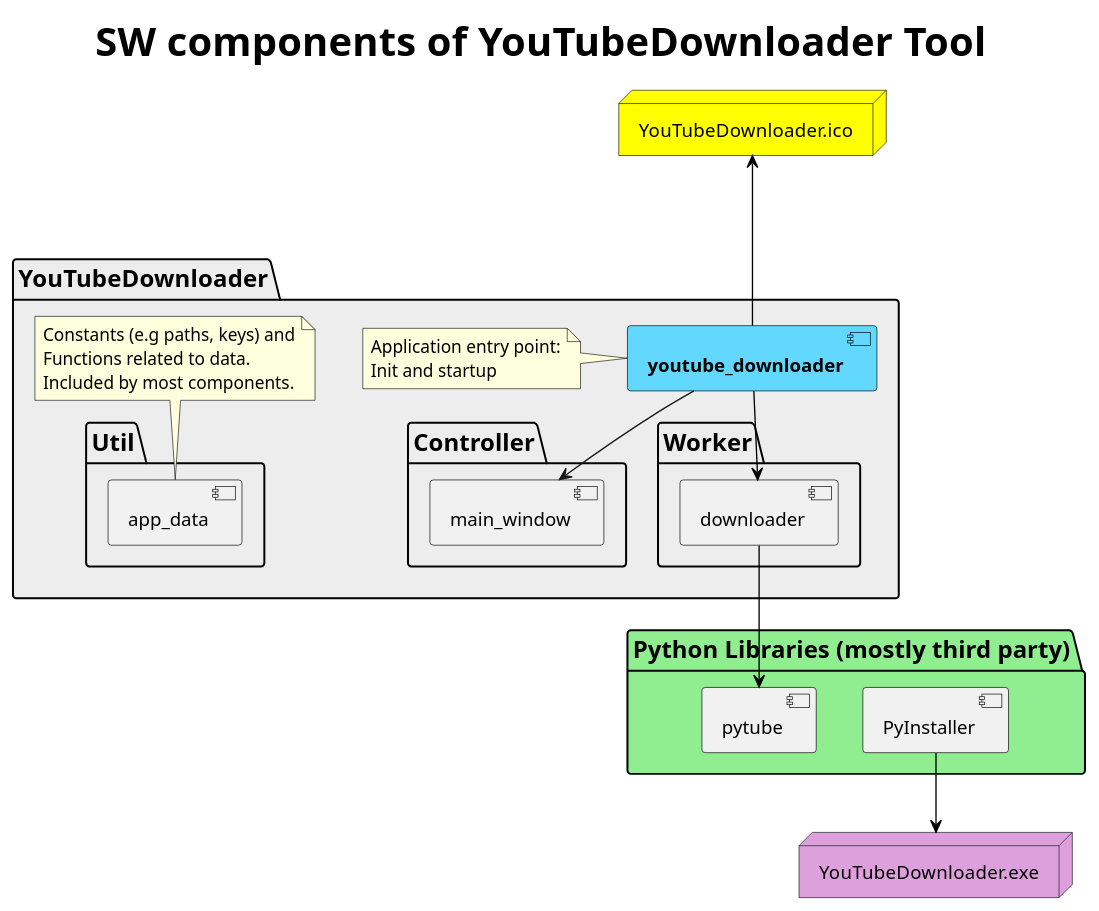
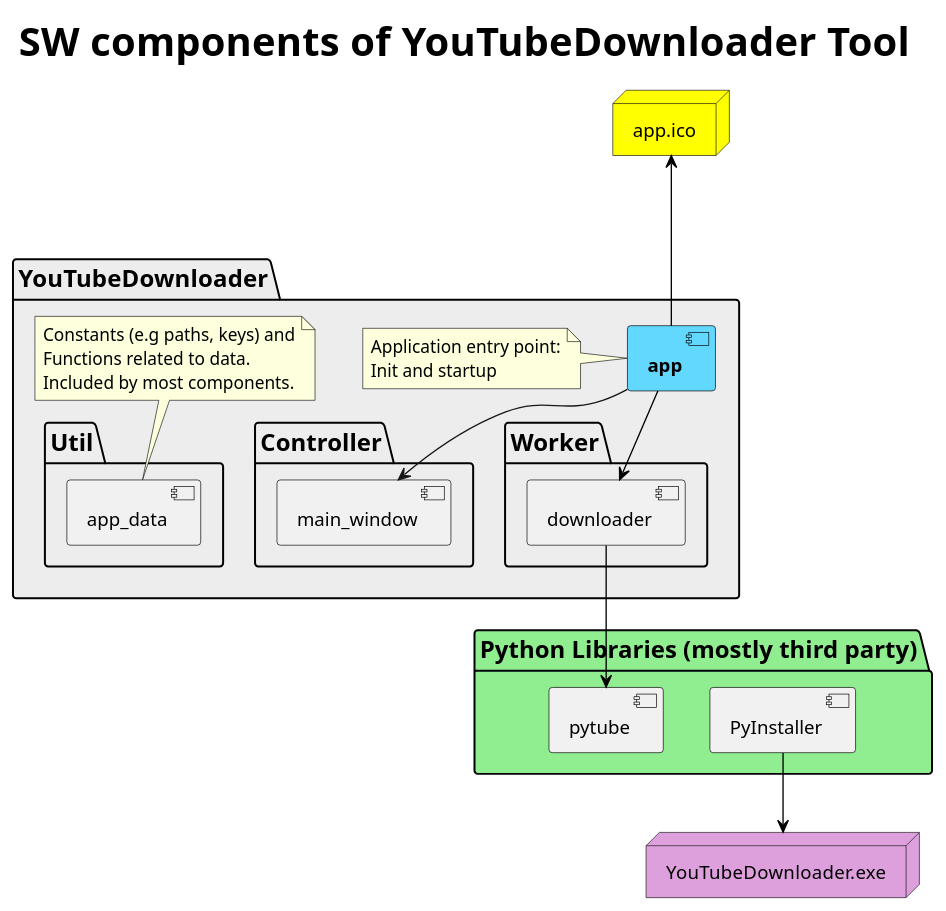
Before and after one commit to timounger/YouTubeDownloader: the diagram in inline_umlgraph_svghtml.pu, drawn with PlantUML. The commit also changed 240 other files, not shown here.

```diff
--- a/inline_umlgraph_svghtml.pu
+++ b/inline_umlgraph_svghtml.pu
@@ -1,49 +1,49 @@
 @startuml cdYouTubeDownloaderSWComponents.svg
 skinparam titleFontSize 30
 skinparam titleFontStyle bold
 skinparam packageBorderColor black
 skinparam packageFontSize 18
 skinparam groupFontStyle bold
 skinparam componentBorderColor black
 skinparam interfaceBorderColor black
 skinparam CollectionsBorderColor black
 
 title SW components of YouTubeDownloader Tool
 
-node "YouTubeDownloader.ico" as icon #yellow
+node "app.ico" as icon #yellow
 
 package "YouTubeDownloader" as YtDl #ededed {
-  component "**youtube_downloader**" as youtube_downloader #63d8ff
-  note left of youtube_downloader
+  component "**app**" as app #63d8ff
+  note left of app
     Application entry point:
     Init and startup
   end note
   package "Controller" as controller {
     [main_window]
   }
   package "Util" as util {
     [app_data] as data
   }
   note top of data
     Constants (e.g paths, keys) and
     Functions related to data.
     Included by most components.
   end note
   package "Worker" {
     [downloader]
   }
-  [youtube_downloader] -d-> [main_window]
-  [youtube_downloader] -[#black]u--> icon
+  [app] -d-> [main_window]
+  [app] -[#black]u--> icon
 }
 
 node "YouTubeDownloader.exe" #plum
 
 package "Python Libraries (mostly third party)" #lightgreen {
  [PyInstaller]
  [pytube]
 }
 
-[youtube_downloader] -[#black]-> [downloader]
+[app] -[#black]-> [downloader]
 [downloader] -[#black]-> [pytube]
 [PyInstaller] -[#black]d-> YouTubeDownloader.exe
 @enduml
```
